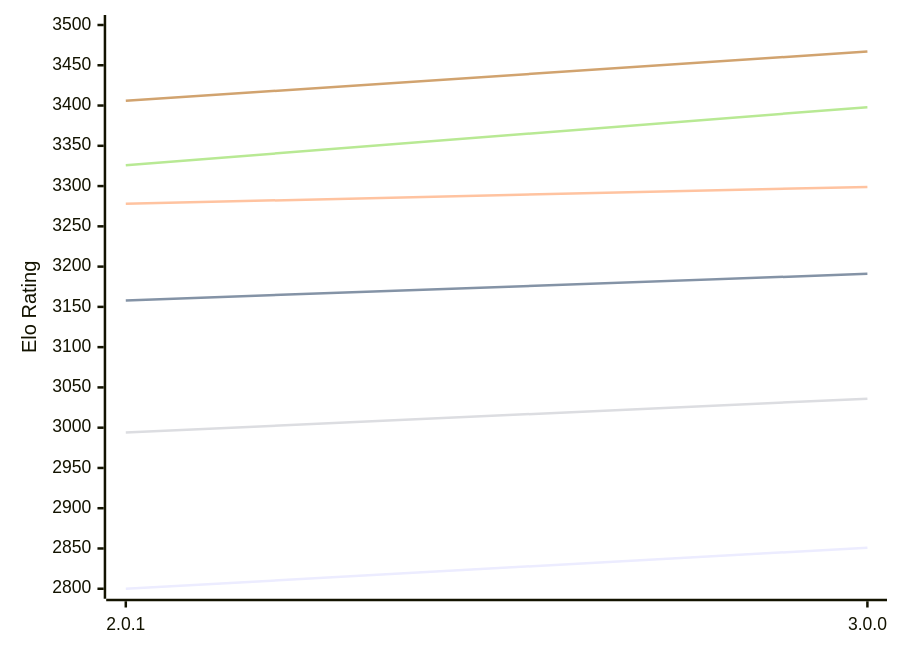
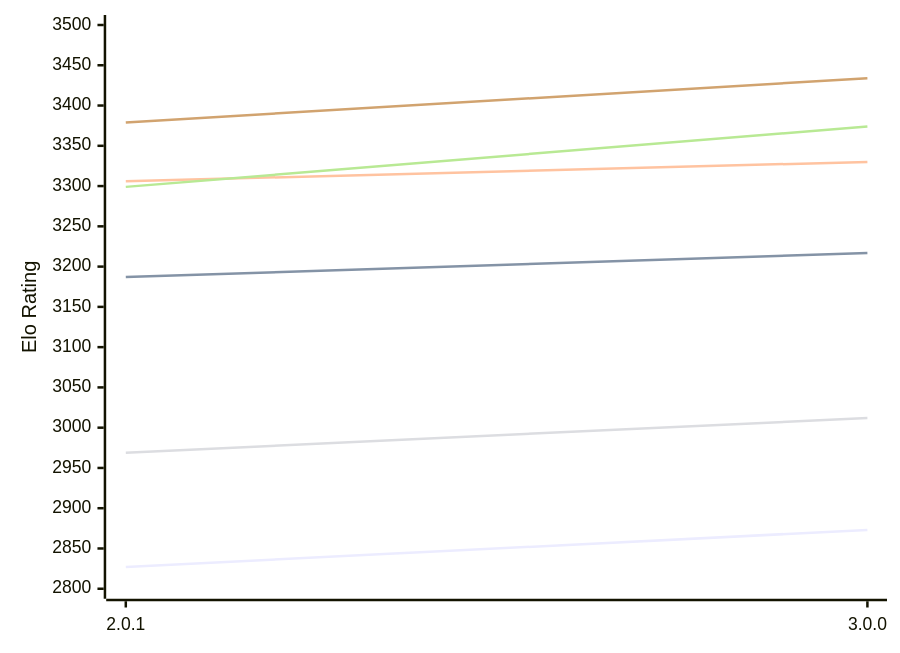
The first of 2 diagrams in engines/Grail.md (computer-chess-index/cci), drawn with Mermaid before and after one commit. The commit also changed other lines of this file, not shown here.

Commit message:
Update CCI Ratings (ELO VLTC) - 2026-10-19

````diff
--- a/engines/Grail.md
+++ b/engines/Grail.md
@@ -56,12 +56,12 @@
 ```mermaid
 %%{init: {"theme":"base","themeVariables":{"seriesColors:['#a3a3a3','#222221','#faa371']}}}%%
 xychart-beta
   x-axis ["2.0.1", "3.0.0"]
   y-axis "Elo Rating" 2800 --> 3500
-  line "E1: STC (8.0+0.08s)" [2800, 2851]
-  line "E1: LTC (60.0+0.60s)" [3158, 3191]
-  line "E1: VLTC (2m24s+1.12s)" [3278, 3299]
-  line "P1: STC (8.0+0.08s)" [2994, 3036]
-  line "P1: LTC (60.0+0.60s)" [3326, 3398]
-  line "P1: VLTC (2m24s+1.12s)" [3406, 3467]
+  line "E1: STC (8.0+0.08s)" [2827, 2873]
+  line "E1: LTC (60.0+0.60s)" [3187, 3217]
+  line "E1: VLTC (2m24s+1.12s)" [3306, 3330]
+  line "P1: STC (8.0+0.08s)" [2969, 3012]
+  line "P1: LTC (60.0+0.60s)" [3299, 3374]
+  line "P1: VLTC (2m24s+1.12s)" [3379, 3434]
 ```
````
